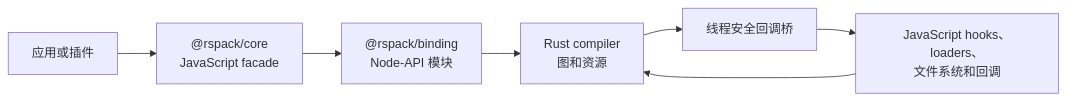
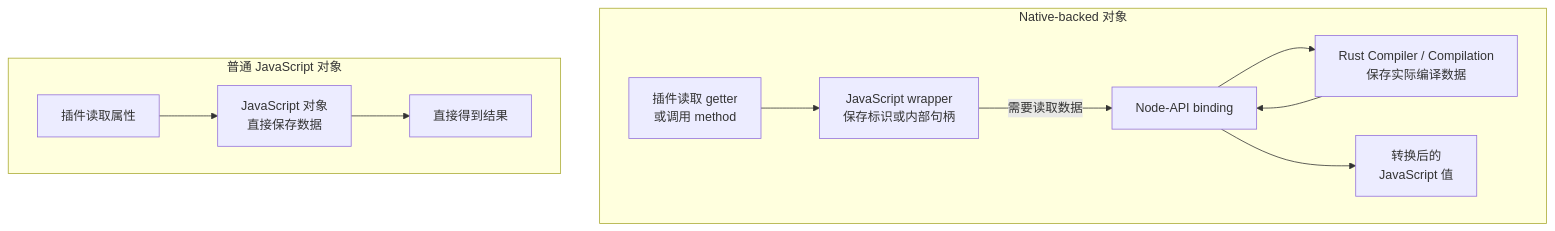
The first of 2 diagrams in website/docs/zh/api/javascript-api/architecture.mdx (web-infra-dev/rspack), drawn with Mermaid before and after one commit. The commit also changed other lines of this file and 15 other files, not shown here.

Commit message:
docs(binding): document JavaScript API architecture and lifecycles

````diff
--- a/website/docs/zh/api/javascript-api/architecture.mdx
+++ b/website/docs/zh/api/javascript-api/architecture.mdx
@@ -16,9 +20,27 @@
 ```mermaid
-flowchart LR
-  User["应用或插件"] --> Core["@rspack/core<br/>JavaScript facade"]
-  Core --> Binding["@rspack/binding<br/>Node-API 模块"]
-  Binding --> Rust["Rust compiler<br/>图和资源"]
-  Rust --> Bridge["线程安全回调桥"]
-  Bridge --> Hooks["JavaScript hooks、loaders、<br/>文件系统和回调"]
-  Hooks --> Rust
+flowchart TB
+  subgraph NativeBacked["Native-backed 对象"]
+    direction LR
+    NativeCode["插件读取 getter<br/>或调用 method"]
+    Wrapper["JavaScript wrapper<br/>保存标识或内部句柄"]
+    Binding["Node-API binding"]
+    RustData["Rust Compiler / Compilation<br/>保存实际编译数据"]
+    Converted["转换后的<br/>JavaScript 值"]
+
+    NativeCode --> Wrapper
+    Wrapper -->|"需要读取数据"| Binding
+    Binding --> RustData
+    RustData --> Binding
+    Binding --> Converted
+  end
+
+  subgraph JavaScriptOwned["普通 JavaScript 对象"]
+    direction LR
+    JsCode["插件读取属性"]
+    JsData["JavaScript 对象<br/>直接保存数据"]
+    JsResult["直接得到结果"]
+
+    JsCode --> JsData
+    JsData --> JsResult
+  end
 ```
````
